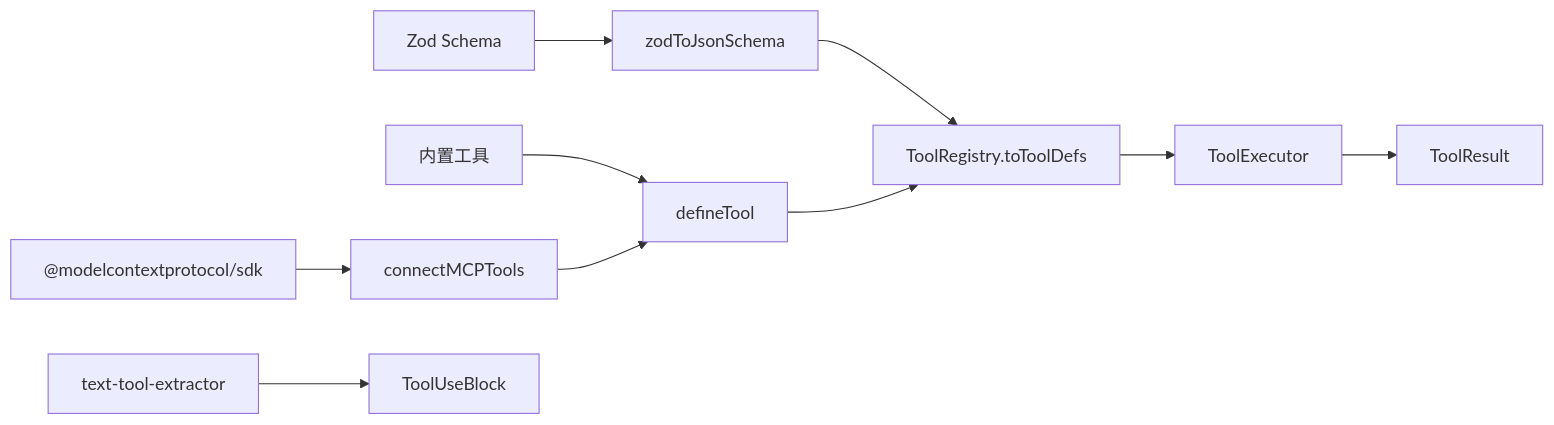
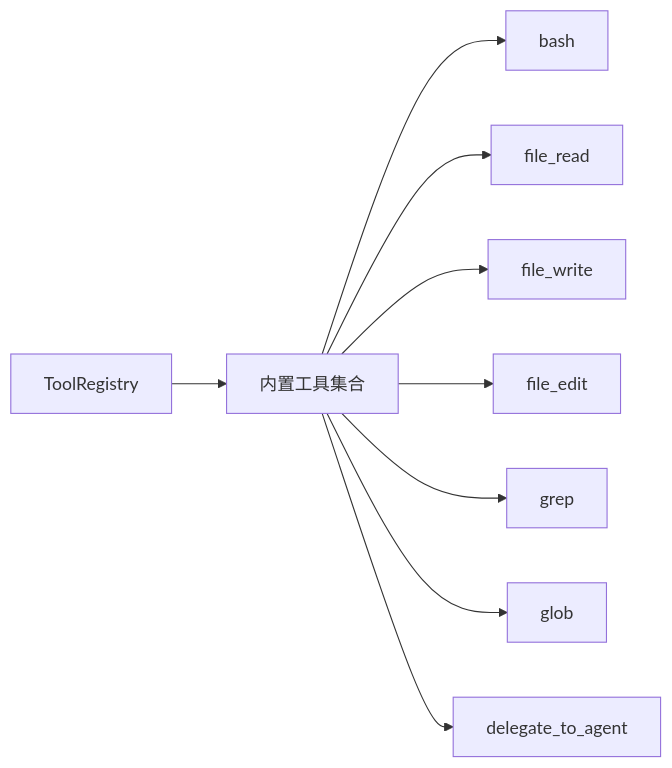
One commit to haolange/open-multi-agent changed the fifth of 6 diagrams in .qoder/repowiki/zh/content/工具系统/工具系统.md. Above: the diagram before and after it, drawn with Mermaid. The commit also changed other lines of this file and 293 other files, not shown here.

````diff
--- a/.qoder/repowiki/zh/content/工具系统/工具系统.md
+++ b/.qoder/repowiki/zh/content/工具系统/工具系统.md
@@ -360,12 +217,11 @@
 ```mermaid
 graph LR
-Zod["Zod Schema"] --> ZJS["zodToJsonSchema"]
-ZJS --> TR["ToolRegistry.toToolDefs"]
-DF["defineTool"] --> TR
-TR --> TE["ToolExecutor"]
-TE --> OUT["ToolResult"]
-BI["内置工具"] --> DF
-MCP["@modelcontextprotocol/sdk"] --> CM["connectMCPTools"]
-CM --> DF
-TTE["text-tool-extractor"] --> Types["ToolUseBlock"]
+REG["ToolRegistry"] --> BI["内置工具集合"]
+BI --> BASH["bash"]
+BI --> FREAD["file_read"]
+BI --> FWRITE["file_write"]
+BI --> FEDIT["file_edit"]
+BI --> GREP["grep"]
+BI --> GLOB["glob"]
+BI --> DEL["delegate_to_agent"]
 ```
````
